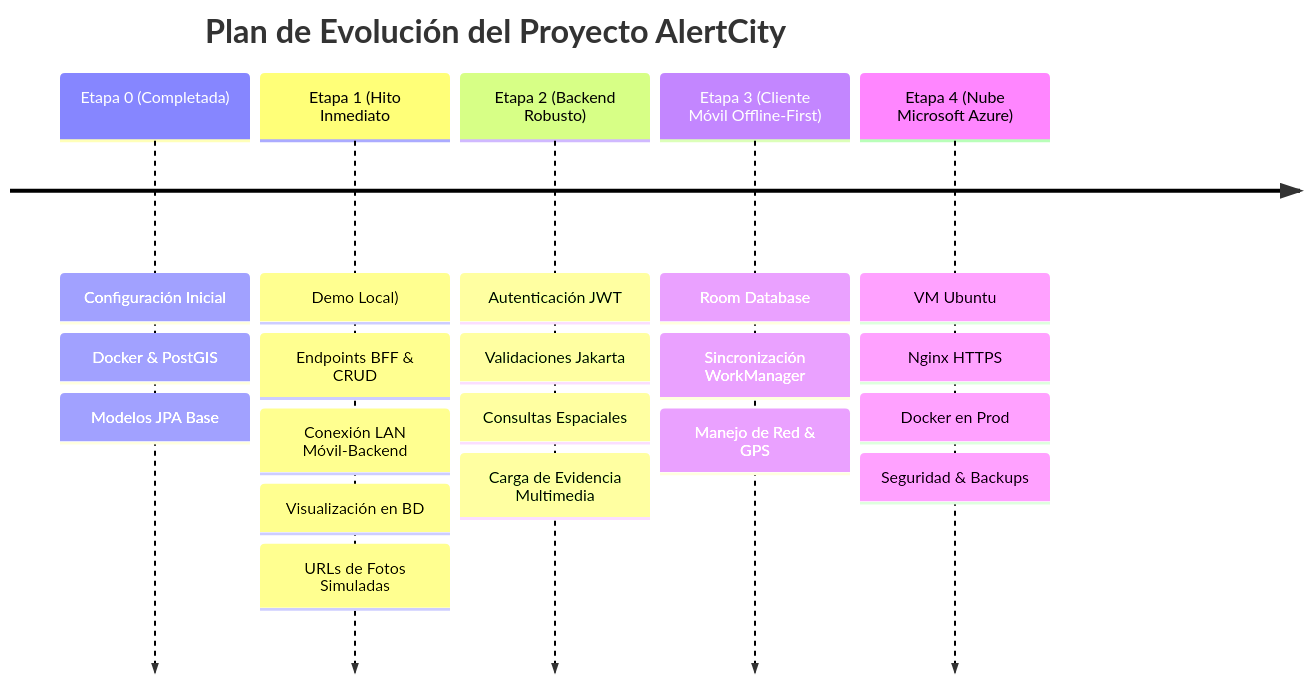
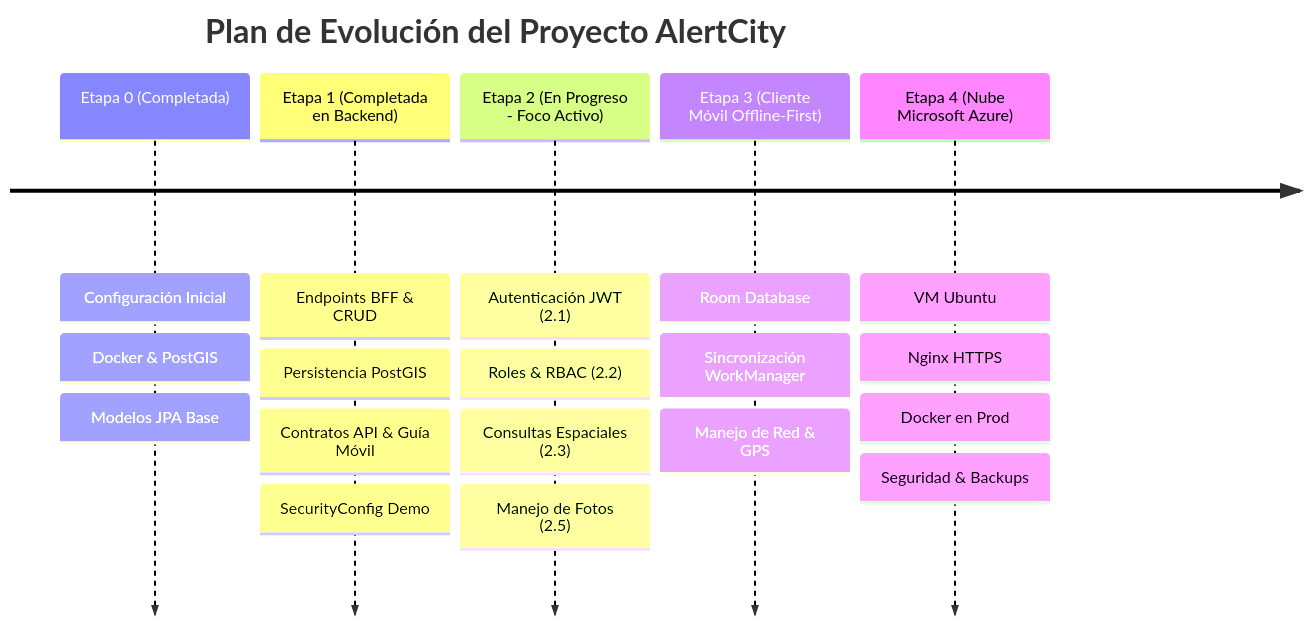
One commit to Andre-Garcia-dev/AlertCity-Backend changed the first of 2 diagrams in Documentation/ROADMAP_AND_TRACKING.md. Above: the diagram before and after it, drawn with Mermaid. The commit also changed other lines of this file and 1 other file, not shown here.

````diff
--- a/Documentation/ROADMAP_AND_TRACKING.md
+++ b/Documentation/ROADMAP_AND_TRACKING.md
@@ -16,9 +16,9 @@
 ```mermaid
 timeline
     title Plan de Evolución del Proyecto AlertCity
     Etapa 0 (Completada) : Configuración Inicial : Docker & PostGIS : Modelos JPA Base
-    Etapa 1 (Hito Inmediato: Demo Local) : Endpoints BFF & CRUD : Conexión LAN Móvil-Backend : Visualización en BD : URLs de Fotos Simuladas
-    Etapa 2 (Backend Robusto) : Autenticación JWT : Validaciones Jakarta : Consultas Espaciales : Carga de Evidencia Multimedia
+    Etapa 1 (Completada en Backend) : Endpoints BFF & CRUD : Persistencia PostGIS : Contratos API & Guía Móvil : SecurityConfig Demo
+    Etapa 2 (En Progreso - Foco Activo) : Autenticación JWT (2.1) : Roles & RBAC (2.2) : Consultas Espaciales (2.3) : Manejo de Fotos (2.5)
     Etapa 3 (Cliente Móvil Offline-First) : Room Database : Sincronización WorkManager : Manejo de Red & GPS
     Etapa 4 (Nube Microsoft Azure) : VM Ubuntu : Nginx HTTPS : Docker en Prod : Seguridad & Backups
 ```
````
